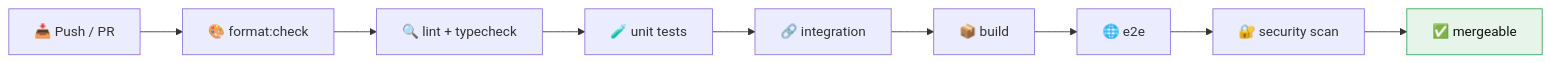
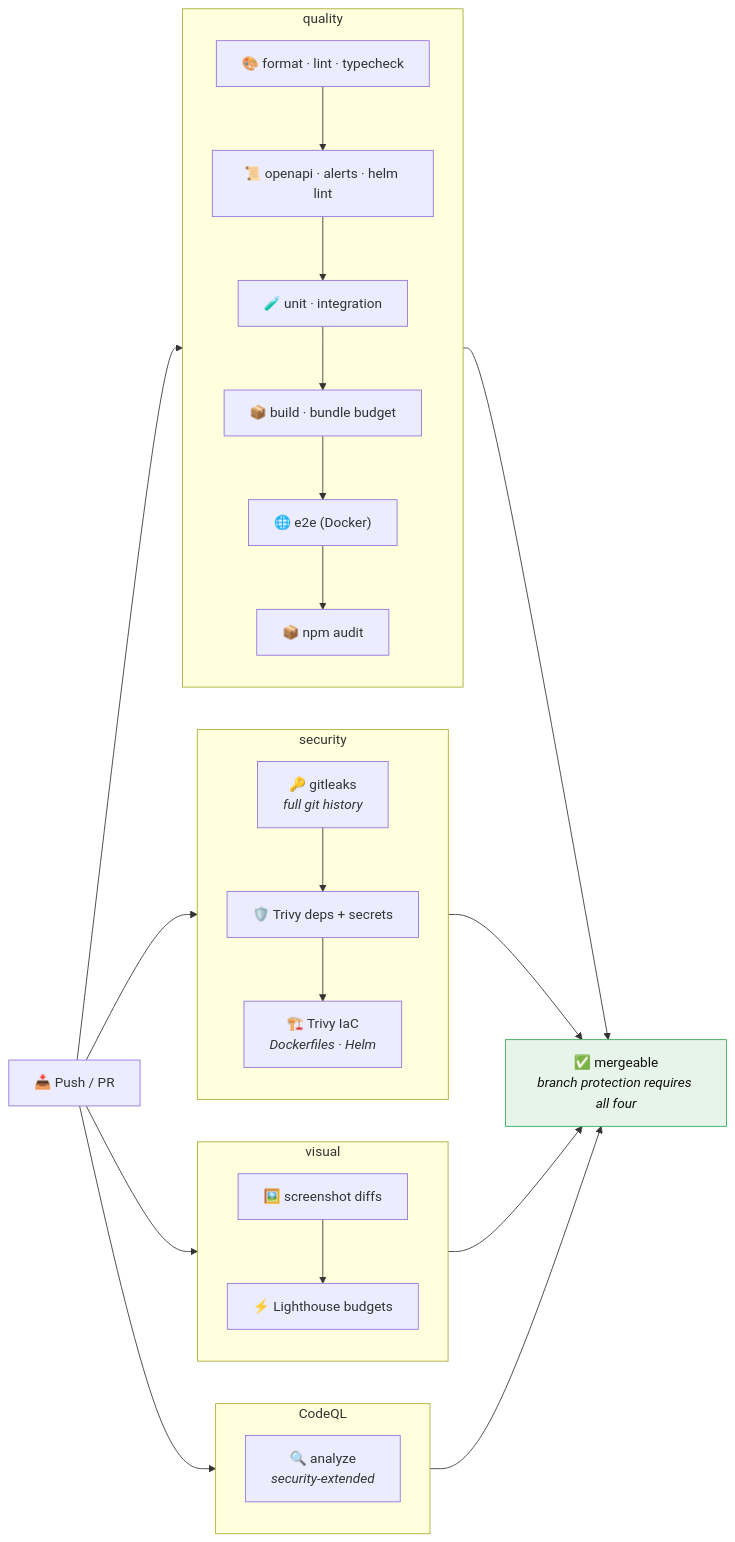
Before and after one commit to adeelarshad414/polycost: the ninth of 17 diagrams in docs/DIAGRAMS.md, drawn with Mermaid. The commit also changed other lines of this file and 7 other files, not shown here.

First line of the commit message:
docs: catch up docs and diagrams with audit Phase 0 and Phase 1 changes (#259)

````diff
--- a/docs/DIAGRAMS.md
+++ b/docs/DIAGRAMS.md
@@ -285,9 +301,27 @@
 ```mermaid
 flowchart LR
-    PR["📥 Push / PR"] --> FMT["🎨 format:check"] --> LINT["🔍 lint + typecheck"]
-    LINT --> UNIT["🧪 unit tests"] --> INT["🔗 integration"] --> BUILD["📦 build"]
-    BUILD --> E2E["🌐 e2e"] --> SEC["🔐 security scan"] --> OK["✅ mergeable"]
+    PR["📥 Push / PR"] --> Q & S & V & C
+
+    subgraph Q["quality"]
+        direction TB
+        FMT["🎨 format · lint · typecheck"] --> CONTRACT["📜 openapi · alerts · helm lint"]
+        CONTRACT --> UNIT["🧪 unit · integration"] --> BUILD["📦 build · bundle budget"]
+        BUILD --> E2E["🌐 e2e (Docker)"] --> AUDIT["📦 npm audit"]
+    end
+    subgraph S["security"]
+        direction TB
+        GL["🔑 gitleaks<br/><i>full git history</i>"] --> TV["🛡️ Trivy deps + secrets"] --> TC["🏗️ Trivy IaC<br/><i>Dockerfiles · Helm</i>"]
+    end
+    subgraph V["visual"]
+        direction TB
+        SHOT["🖼️ screenshot diffs"] --> LH["⚡ Lighthouse budgets"]
+    end
+    subgraph C["CodeQL"]
+        SAST["🔍 analyze<br/><i>security-extended</i>"]
+    end
+
+    Q & S & V & C --> OK["✅ mergeable<br/><i>branch protection requires all four</i>"]
 
     classDef pass fill:#e6f4ea,stroke:#34a853,color:#111
     class OK pass
 ```
````
